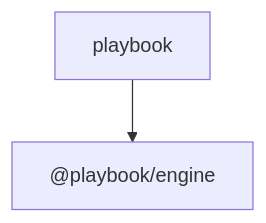
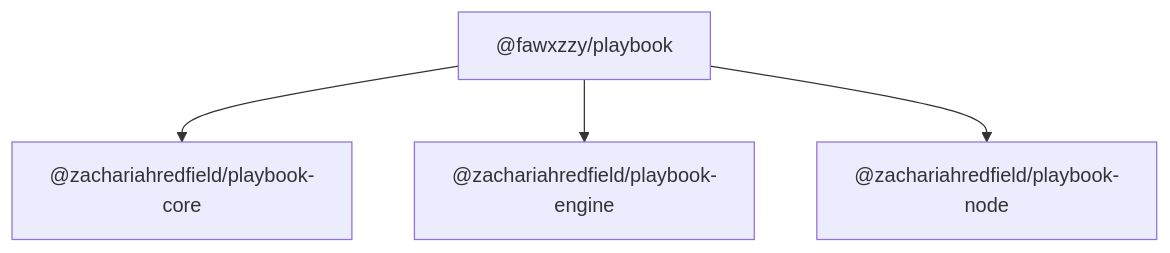
One commit to ZachariahRedfield/fawxzzy-playbook changed the second of 2 diagrams in docs/ARCHITECTURE_DIAGRAMS.md. Above: the diagram before and after it, drawn with Mermaid. The commit also changed other lines of this file and 6 other files, not shown here.

Commit message:
ci: run internal diagram generation via built CLI

````diff
--- a/docs/ARCHITECTURE_DIAGRAMS.md
+++ b/docs/ARCHITECTURE_DIAGRAMS.md
@@ -14,6 +18,10 @@
 ```mermaid
 flowchart TB
-  n_playbook["playbook"]
-  n_playbook_engine["@playbook/engine"]
-  n_playbook --> n_playbook_engine
+  n_fawxzzy_playbook["@fawxzzy/playbook"]
+  n_zachariahredfield_playbook_core["@zachariahredfield/playbook-core"]
+  n_zachariahredfield_playbook_engine["@zachariahredfield/playbook-engine"]
+  n_zachariahredfield_playbook_node["@zachariahredfield/playbook-node"]
+  n_fawxzzy_playbook --> n_zachariahredfield_playbook_core
+  n_fawxzzy_playbook --> n_zachariahredfield_playbook_engine
+  n_fawxzzy_playbook --> n_zachariahredfield_playbook_node
 ```
````
